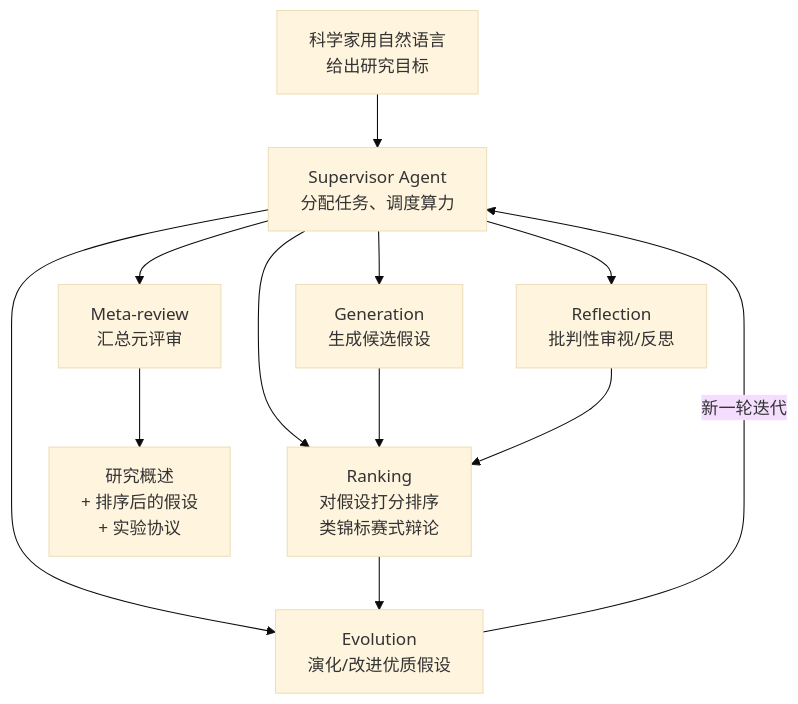
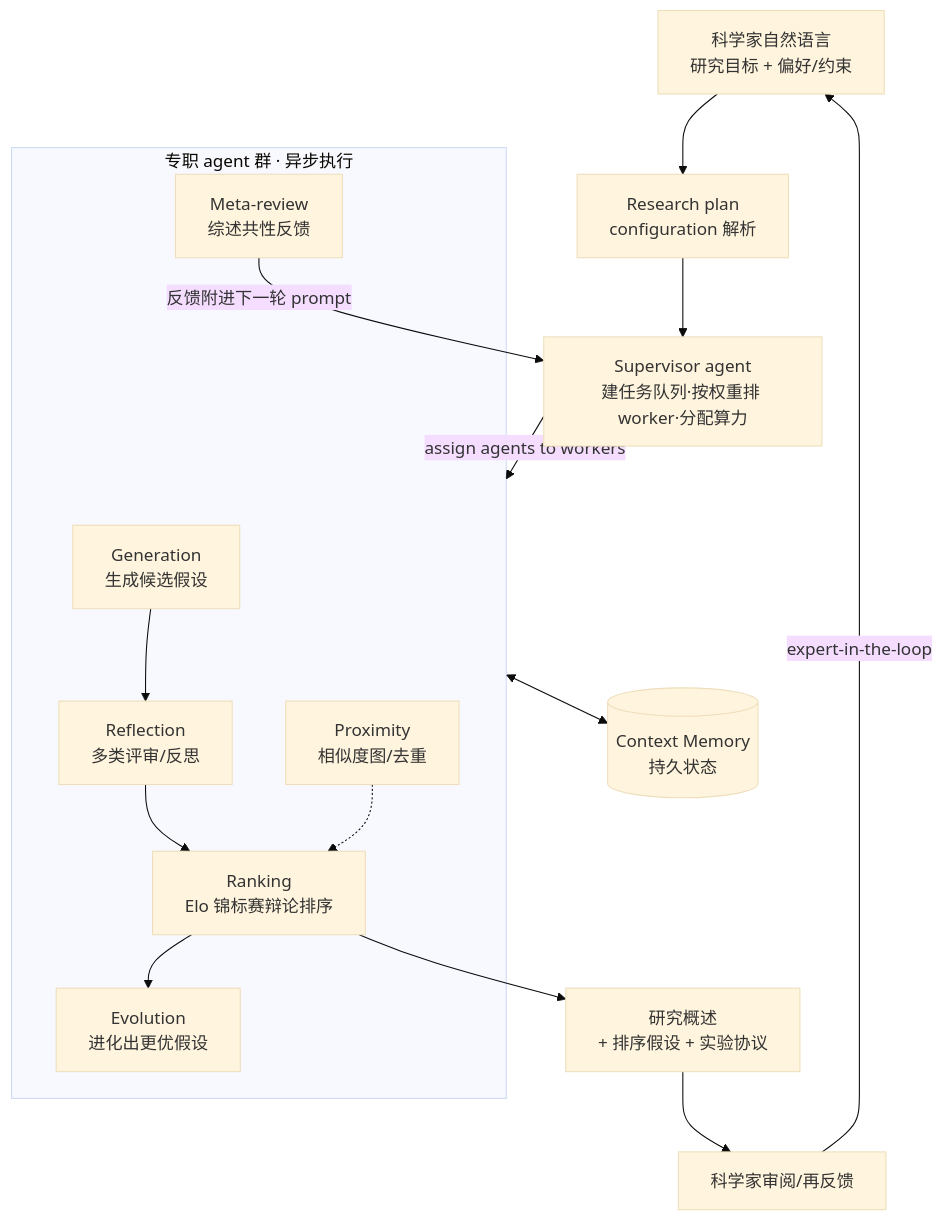
The diagram in docs/harness/auto-agents/ai-co-scientist.md (zhoujx4/llm-atlas), drawn with Mermaid (base theme) before and after one commit. The commit also changed other lines of this file and 156 other files, not shown here.

First line of the commit message:
docs: 论文页按规范批量重排+配图，新增 Harness 工程演进四页

````diff
--- a/docs/harness/auto-agents/ai-co-scientist.md
+++ b/docs/harness/auto-agents/ai-co-scientist.md
@@ -20,14 +53,18 @@
 ```mermaid
 flowchart TD
-    Goal[科学家用自然语言<br/>给出研究目标] --> Sup[Supervisor Agent<br/>分配任务、调度算力]
-    Sup --> Gen[Generation<br/>生成候选假设]
-    Sup --> Ref[Reflection<br/>批判性审视/反思]
-    Sup --> Rank[Ranking<br/>对假设打分排序<br/>类锦标赛式辩论]
-    Sup --> Evo[Evolution<br/>演化/改进优质假设]
-    Sup --> Meta[Meta-review<br/>汇总元评审]
-    Gen --> Rank
-    Ref --> Rank
-    Rank --> Evo
-    Evo -->|新一轮迭代| Sup
-    Meta --> Out[研究概述<br/>+ 排序后的假设<br/>+ 实验协议]
+    Goal[科学家自然语言<br/>研究目标 + 偏好/约束] --> Cfg[Research plan<br/>configuration 解析]
+    Cfg --> Sup[Supervisor agent<br/>建任务队列·按权重排 worker·分配算力]
+    Sup -->|assign agents to workers| Pool
+    subgraph Pool[专职 agent 群 · 异步执行]
+        Gen[Generation<br/>生成候选假设] --> Ref[Reflection<br/>多类评审/反思]
+        Ref --> Rank[Ranking<br/>Elo 锦标赛辩论排序]
+        Rank --> Evo[Evolution<br/>进化出更优假设]
+        Prox[Proximity<br/>相似度图/去重] -.-> Rank
+        Meta[Meta-review<br/>综述共性反馈]
+    end
+    Pool <--> Mem[(Context Memory<br/>持久状态)]
+    Meta -->|反馈附进下一轮 prompt| Sup
+    Rank --> Out[研究概述<br/>+ 排序假设 + 实验协议]
+    Out --> Sci[科学家审阅/再反馈]
+    Sci -->|expert-in-the-loop| Goal
 ```
````
